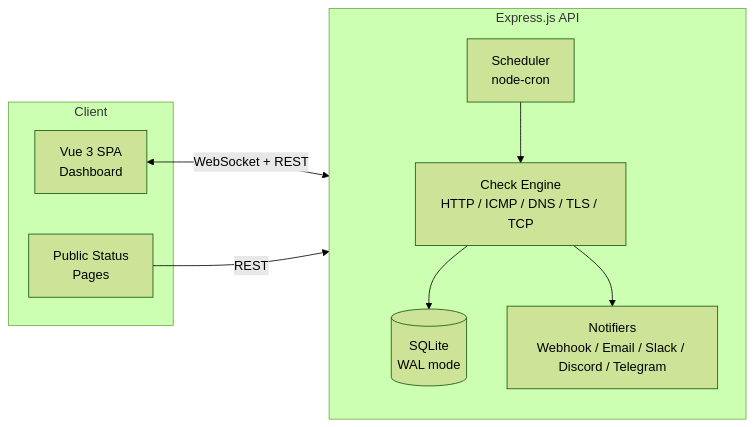
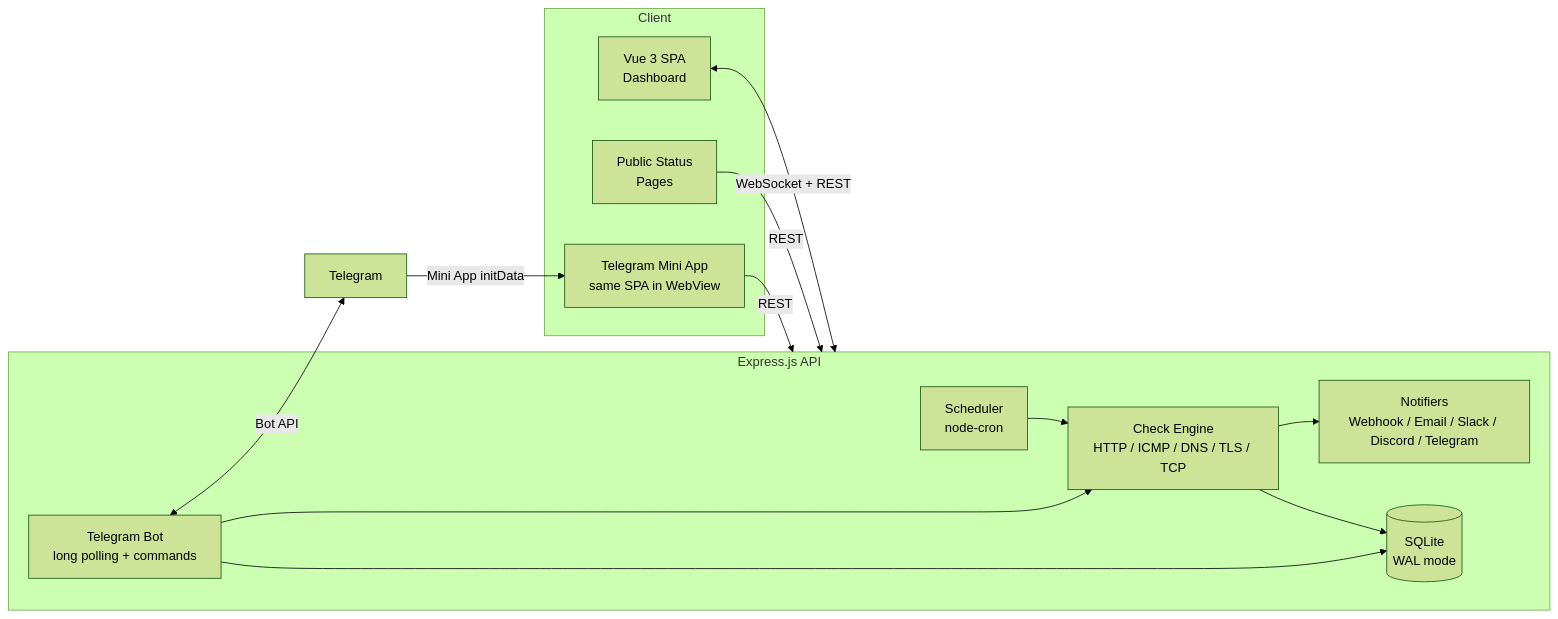
The first of 3 diagrams in docs/architecture.md (Kyngo/uptime-detective), drawn with Mermaid (forest theme) before and after one commit. The commit also changed other lines of this file and 62 other files, not shown here.

First line of the commit message:
feat(telegram): two-way bot control with allow list, mutes and Mini App

````diff
--- a/docs/architecture.md
+++ b/docs/architecture.md
@@ -15,20 +15,27 @@
 ```mermaid
 graph LR
     subgraph Client
         A[Vue 3 SPA<br/>Dashboard]
         B[Public Status<br/>Pages]
+        W[Telegram Mini App<br/>same SPA in WebView]
     end
 
     subgraph Server["Express.js API"]
         C[Scheduler<br/>node-cron]
         D[Check Engine<br/>HTTP / ICMP / DNS / TLS / TCP]
         E[Notifiers<br/>Webhook / Email / Slack / Discord / Telegram]
+        G[Telegram Bot<br/>long polling + commands]
         F[(SQLite<br/>WAL mode)]
         C --> D
         D --> F
         D --> E
+        G --> F
+        G --> D
     end
 
     A <-->|WebSocket + REST| Server
     B -->|REST| Server
+    W -->|REST| Server
+    G <-->|Bot API| T[Telegram]
+    T -->|Mini App initData| W
 ```
````
